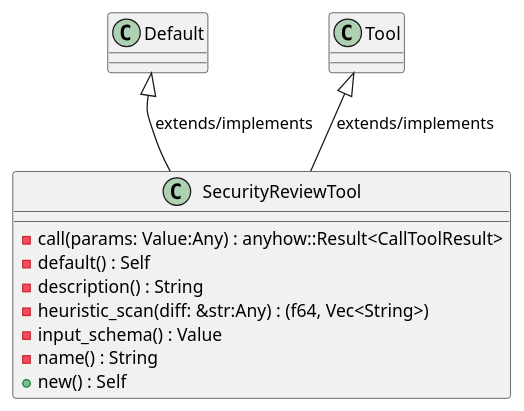
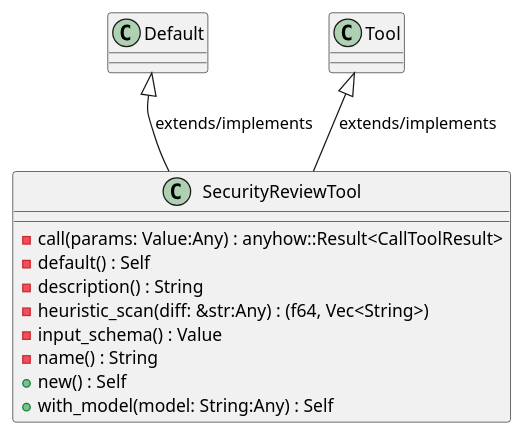
Before and after one commit to lgcorzo/rust_CACD_autonomous_factory: the first of 6 diagrams in openwiki/crates_factory_mcp_server_src_tools_security_review.md, drawn with PlantUML. The commit also changed other lines of this file and 99 other files, not shown here.

First line of the commit message:
feat: generate package, component, dependency and call UML diagrams in AST docs

````diff
--- a/openwiki/crates_factory_mcp_server_src_tools_security_review.md
+++ b/openwiki/crates_factory_mcp_server_src_tools_security_review.md
@@ -81,16 +109,17 @@
 ```plantuml
 @startuml
 class SecurityReviewTool {
     -call(params: Value:Any) : anyhow::Result<CallToolResult>
     -default() : Self
     -description() : String
     -heuristic_scan(diff: &str:Any) : (f64, Vec<String>)
     -input_schema() : Value
     -name() : String
     +new() : Self
+    +with_model(model: String:Any) : Self
 }
 Default <|-- SecurityReviewTool : extends/implements
 Tool <|-- SecurityReviewTool : extends/implements
 @enduml
 
 ```
````
